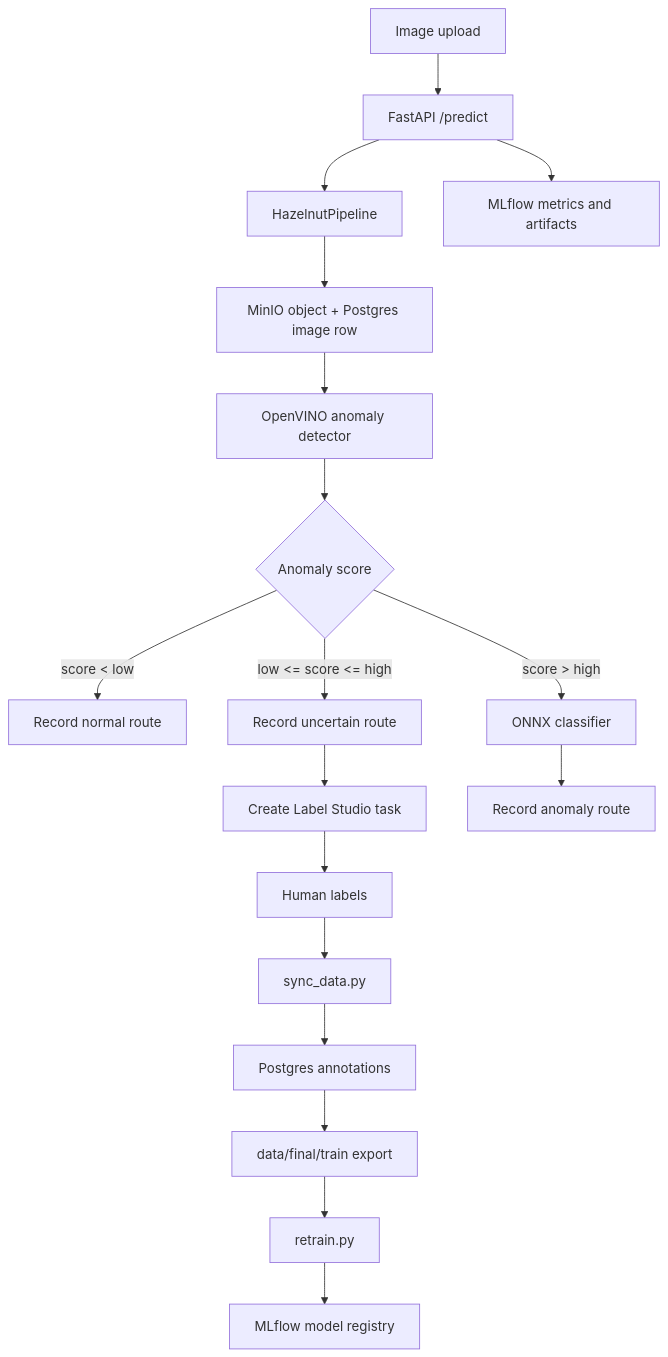
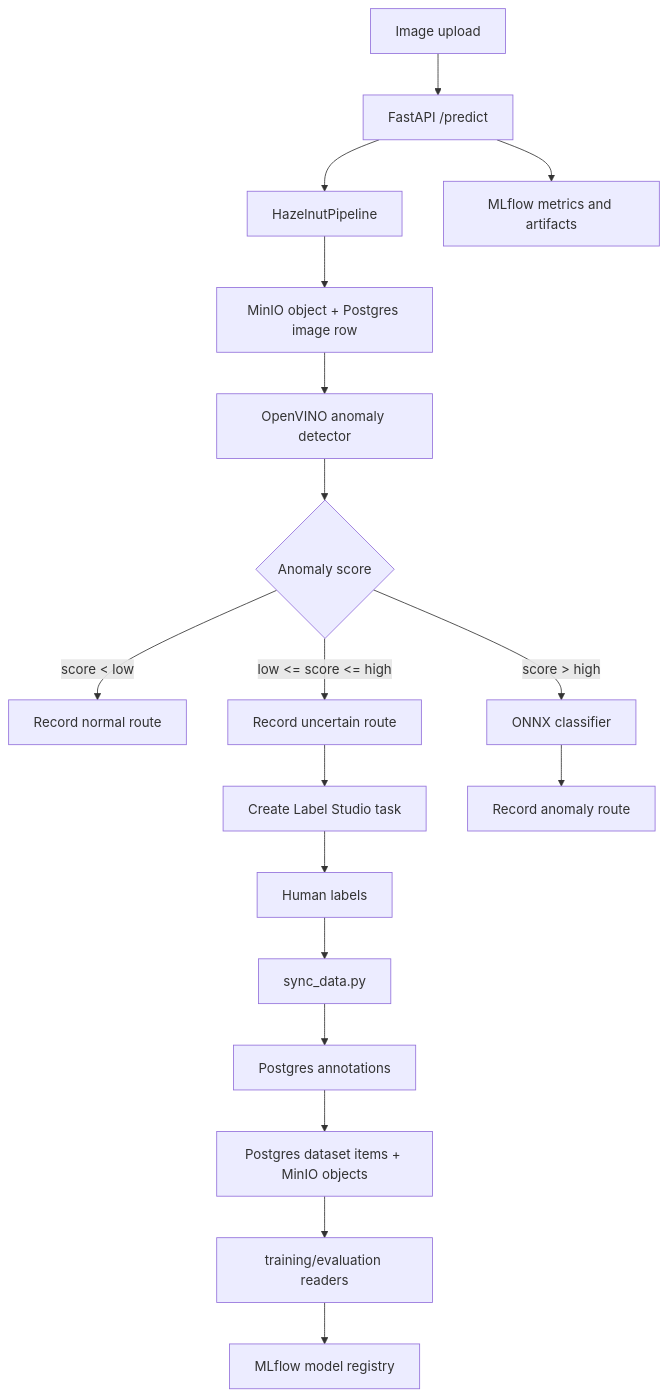
The diagram in ARCHITECTURE.md (locluclak/Weird_Hazelnut_FullMLops), drawn with Mermaid before and after one commit. The commit also changed other lines of this file and 27 other files, not shown here.

````diff
--- a/ARCHITECTURE.md
+++ b/ARCHITECTURE.md
@@ -11,20 +11,20 @@
 ```mermaid
 flowchart TD
     A[Image upload] --> B[FastAPI /predict]
     B --> C[HazelnutPipeline]
     C --> S[MinIO object + Postgres image row]
     S --> D[OpenVINO anomaly detector]
     D --> E{Anomaly score}
     E -->|score < low| F[Record normal route]
     E -->|low <= score <= high| G[Record uncertain route]
     G --> H[Create Label Studio task]
     E -->|score > high| I[ONNX classifier]
     I --> J[Record anomaly route]
     B --> K[MLflow metrics and artifacts]
     H --> L[Human labels]
     L --> M[sync_data.py]
     M --> Q[Postgres annotations]
-    Q --> N[data/final/train export]
-    N --> O[retrain.py]
+    Q --> N[Postgres dataset items + MinIO objects]
+    N --> O[training/evaluation readers]
     O --> P[MLflow model registry]
 ```
````
